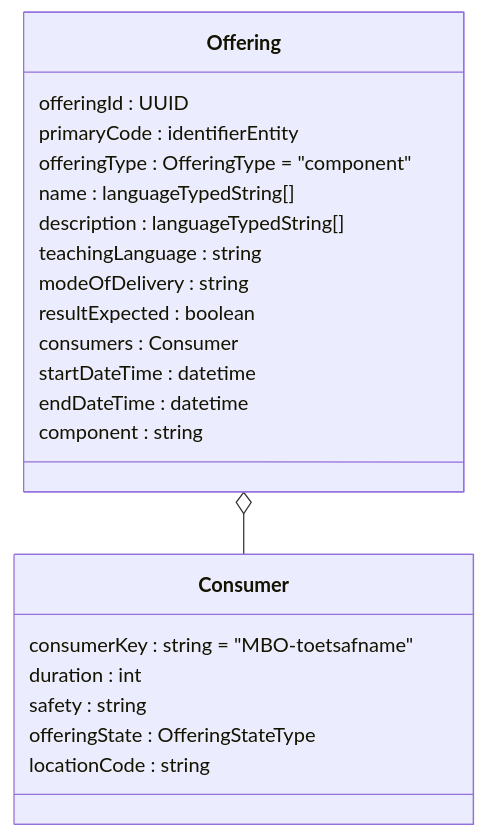
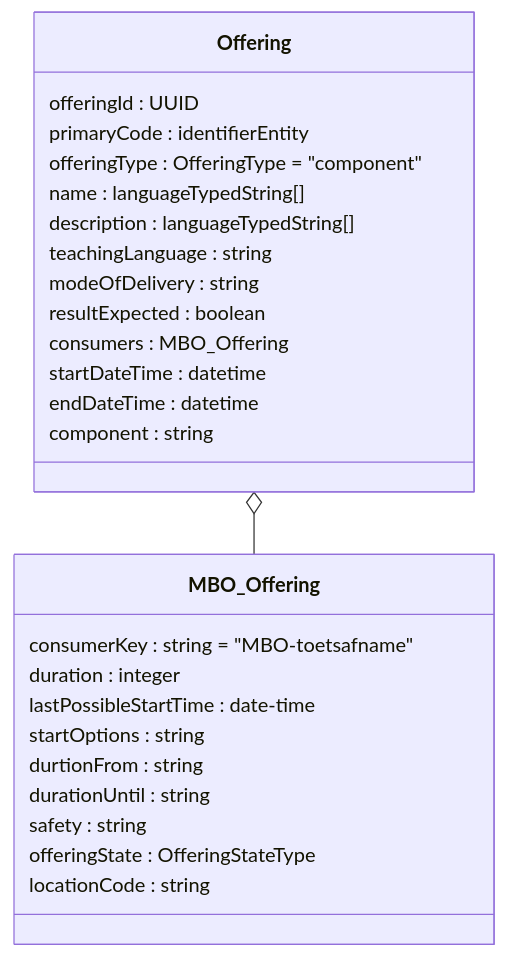
The second of 10 diagrams in doc/flow2.md (NetwerkExamineringDigitalisering/NED-OOAPI), drawn with Mermaid before and after one commit. The commit also changed other lines of this file, not shown here.

````diff
--- a/doc/flow2.md
+++ b/doc/flow2.md
@@ -23,25 +23,29 @@
 ```mermaid
 classDiagram
     class Offering {
     	offeringId : UUID
 	primaryCode : identifierEntity
 	offeringType : OfferingType = "component"
 	name : languageTypedString[]
 	description : languageTypedString[]
 	teachingLanguage : string
 	modeOfDelivery : string
 	resultExpected : boolean
-	consumers : Consumer
+	consumers : MBO_Offering
 	startDateTime : datetime
 	endDateTime : datetime
 	component : string
     }
-    class Consumer {
+    class MBO_Offering {
     	consumerKey : string = "MBO-toetsafname"
-	duration : int
+	duration : integer
+	lastPossibleStartTime : date-time
+	startOptions : string
+	durtionFrom : string
+	durationUntil : string
 	safety : string
 	offeringState : OfferingStateType
 	locationCode : string
     }
-    Offering o-- Consumer
+    Offering o-- MBO_Offering
 ```
````
